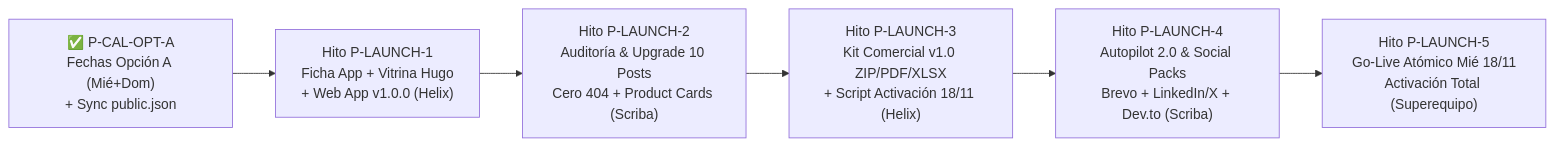
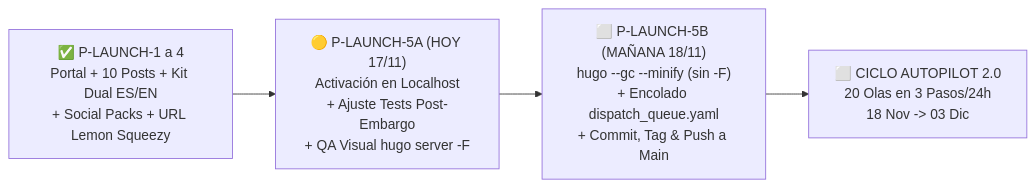
The diagram in specs/apps/pulse/LAUNCH_PLAN_18NOV.md (Dalaez/datalaria-website), drawn with Mermaid before and after one commit. The commit also changed other lines of this file and 115 other files, not shown here.

````diff
--- a/specs/apps/pulse/LAUNCH_PLAN_18NOV.md
+++ b/specs/apps/pulse/LAUNCH_PLAN_18NOV.md
@@ -33,8 +29,6 @@
 ```mermaid
 flowchart LR
-    P0["✅ P-CAL-OPT-A\nFechas Opción A (Mié+Dom)\n+ Sync public.json"] --> P1["Hito P-LAUNCH-1\nFicha App + Vitrina Hugo\n+ Web App v1.0.0 (Helix)"]
-    P1 --> P2["Hito P-LAUNCH-2\nAuditoría & Upgrade 10 Posts\nCero 404 + Product Cards (Scriba)"]
-    P2 --> P3["Hito P-LAUNCH-3\nKit Comercial v1.0 ZIP/PDF/XLSX\n+ Script Activación 18/11 (Helix)"]
-    P3 --> P4["Hito P-LAUNCH-4\nAutopilot 2.0 & Social Packs\nBrevo + LinkedIn/X + Dev.to (Scriba)"]
-    P4 --> P5["Hito P-LAUNCH-5\nGo-Live Atómico Mié 18/11\nActivación Total (Superequipo)"]
+    P1["✅ P-LAUNCH-1 a 4\nPortal + 10 Posts + Kit Dual ES/EN\n+ Social Packs + URL Lemon Squeezy"] --> P5A["🟡 P-LAUNCH-5A (HOY 17/11)\nActivación en Localhost\n+ Ajuste Tests Post-Embargo\n+ QA Visual hugo server -F"]
+    P5A --> P5B["⬜ P-LAUNCH-5B (MAÑANA 18/11)\nhugo --gc --minify (sin -F)\n+ Encolado dispatch_queue.yaml\n+ Commit, Tag & Push a Main"]
+    P5B --> WAVES["⬜ CICLO AUTOPILOT 2.0\n20 Olas en 3 Pasos/24h\n18 Nov -> 03 Dic"]
 ```
````
